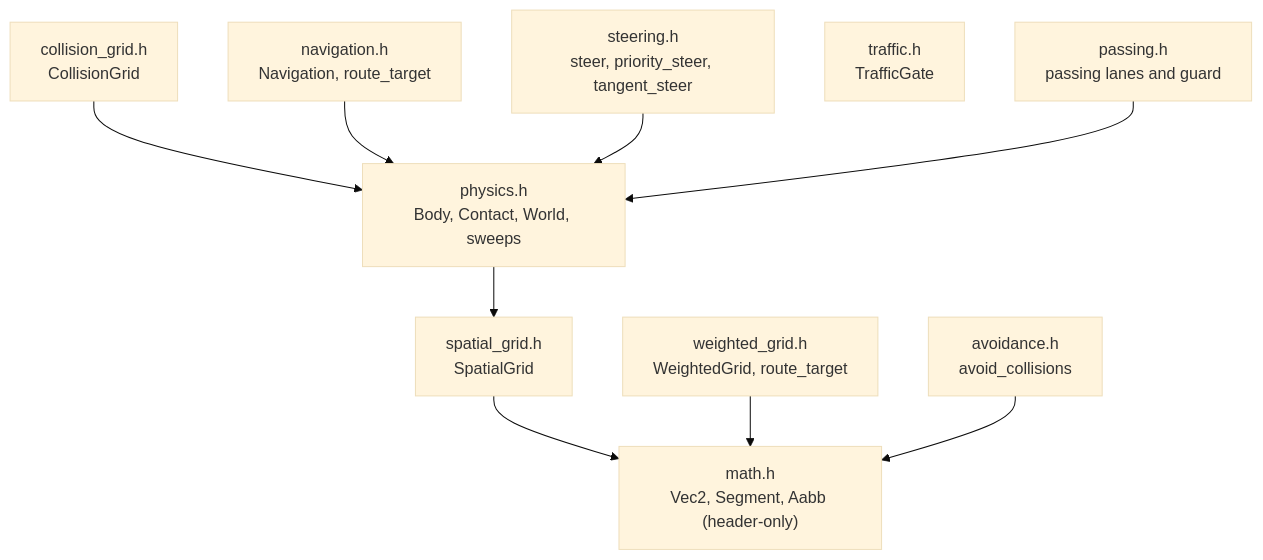
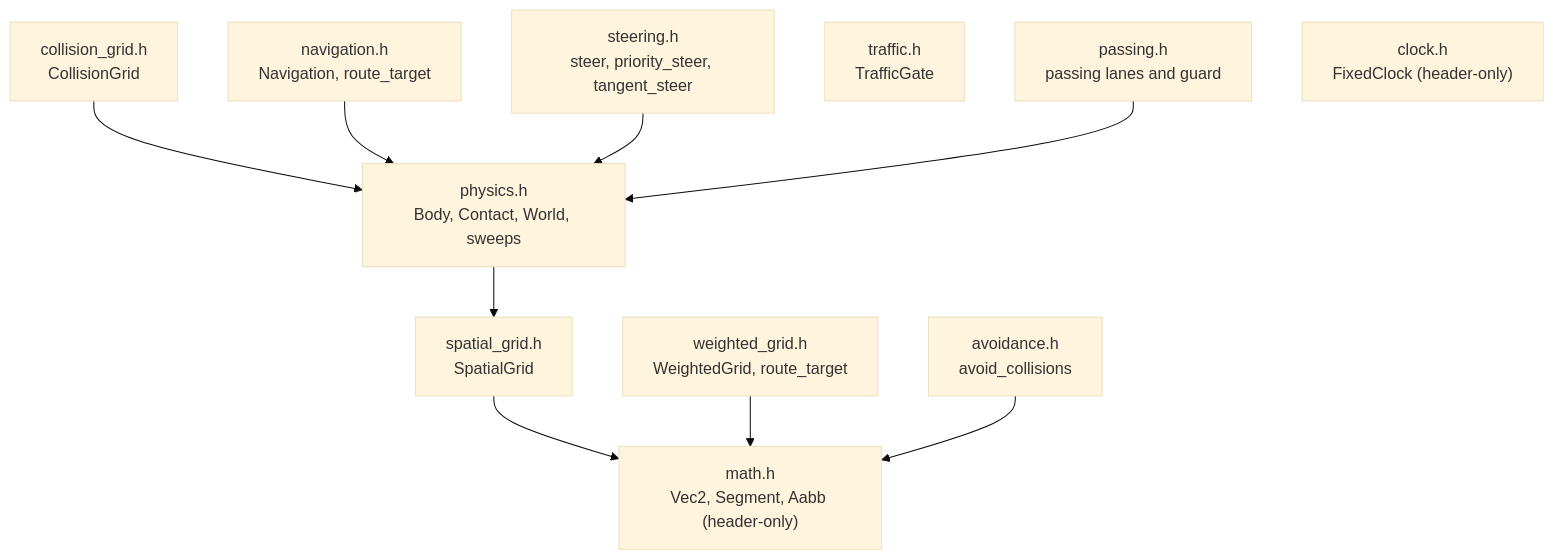
One commit to SMB-M87/Kinetra changed the first of 2 diagrams in src/simulation/README.md. Above: the diagram before and after it, drawn with Mermaid (base theme). The commit also changed other lines of this file and 14 other files, not shown here.

````diff
--- a/src/simulation/README.md
+++ b/src/simulation/README.md
@@ -41,21 +41,22 @@
 ```mermaid
 flowchart TD
     Math["math.h<br/>Vec2, Segment, Aabb (header-only)"]
     Grid["spatial_grid.h<br/>SpatialGrid"]
     Physics["physics.h<br/>Body, Contact, World, sweeps"]
     CGrid["collision_grid.h<br/>CollisionGrid"]
     Nav["navigation.h<br/>Navigation, route_target"]
     WGrid["weighted_grid.h<br/>WeightedGrid, route_target"]
     Steer["steering.h<br/>steer, priority_steer, tangent_steer"]
     Avoid["avoidance.h<br/>avoid_collisions"]
     Traffic["traffic.h<br/>TrafficGate"]
     Passing["passing.h<br/>passing lanes and guard"]
+    Clock["clock.h<br/>FixedClock (header-only)"]
     Grid --> Math
     Physics --> Grid
     CGrid --> Physics
     Nav --> Physics
     Steer --> Physics
     WGrid --> Math
     Avoid --> Math
     Passing --> Physics
 ```
````
